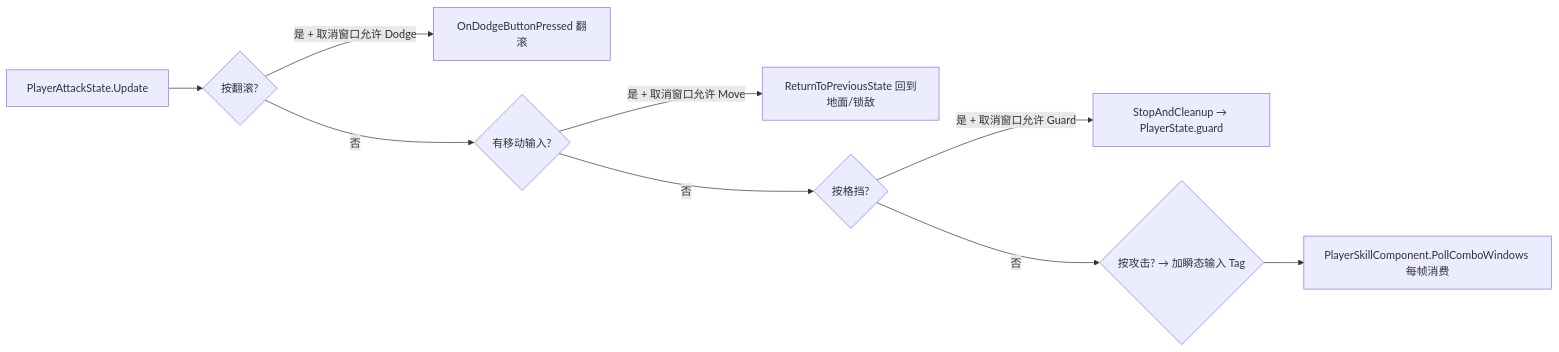
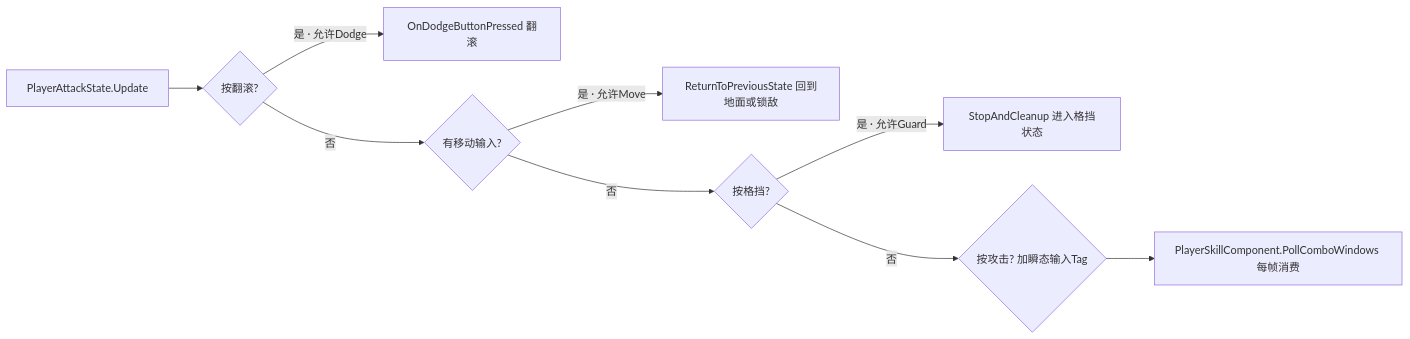
The second of 3 diagrams in Docs/08-Player-State-Machine.md (Sherryzzzzzzzz/Unity-Character-Combat-System-UCCS-), drawn with Mermaid before and after one commit. The commit also changed 1 other file, not shown here.

Commit message:
docs: 修复 mermaid 图渲染错误
- 08 取消出口流程图：边标签 '|是 + ...|' 中的 + 被 mermaid 解析为特殊
  语法，改为引号包裹 + 点号分隔；节点文本 → 移除（特殊字符）
- 09 效果施加流程图：节点文本中的 → 全部替换为中文/序号
- 全局扫描 Docs 全部 mermaid 块确认无遗留（edge label 含 + / node text 含 →）
- 同步重新生成 D:\My-Notes\11.我的项目\UCCS核心系统技术文档.md

````diff
--- a/Docs/08-Player-State-Machine.md
+++ b/Docs/08-Player-State-Machine.md
@@ -255,11 +255,11 @@
 ```mermaid
 flowchart LR
     ATK["PlayerAttackState.Update"] --> D{按翻滚?}
-    D -->|是 + 取消窗口允许 Dodge| DODGE["OnDodgeButtonPressed 翻滚"]
+    D -->|"是 · 允许Dodge"| DODGE["OnDodgeButtonPressed 翻滚"]
     D -->|否| M{有移动输入?}
-    M -->|是 + 取消窗口允许 Move| RET["ReturnToPreviousState 回到地面/锁敌"]
+    M -->|"是 · 允许Move"| RET["ReturnToPreviousState 回到地面或锁敌"]
     M -->|否| G{按格挡?}
-    G -->|是 + 取消窗口允许 Guard| GUARD["StopAndCleanup → PlayerState.guard"]
-    G -->|否| COMBO{按攻击? → 加瞬态输入 Tag}
+    G -->|"是 · 允许Guard"| GUARD["StopAndCleanup 进入格挡状态"]
+    G -->|否| COMBO{按攻击? 加瞬态输入Tag}
     COMBO --> POLL["PlayerSkillComponent.PollComboWindows 每帧消费"]
 ```
````
